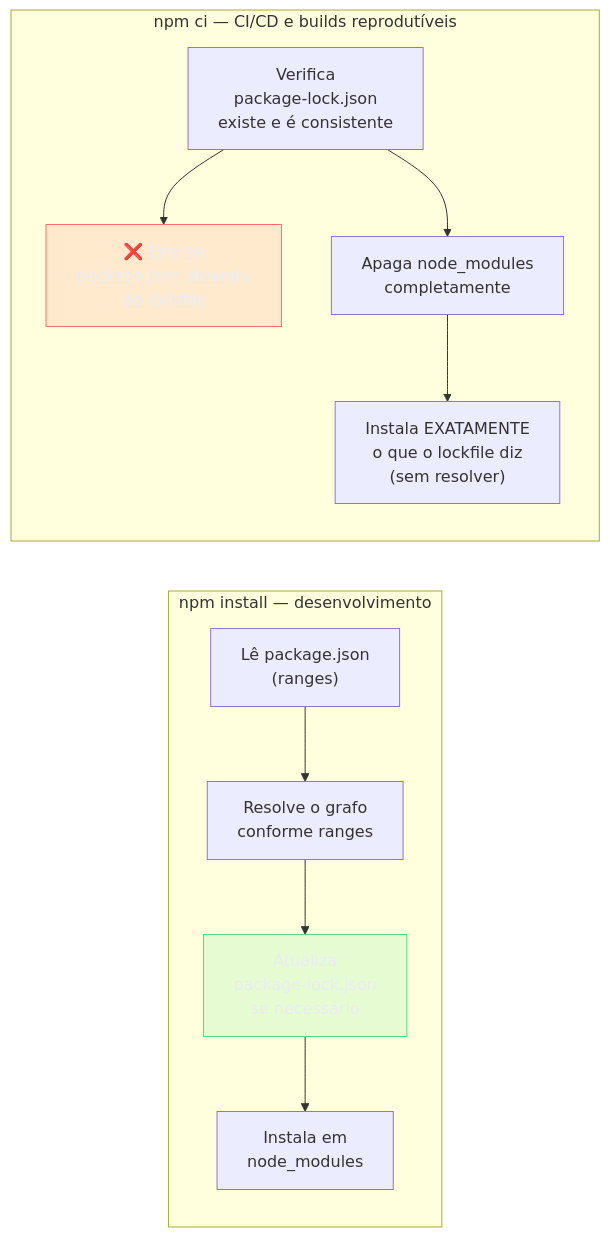
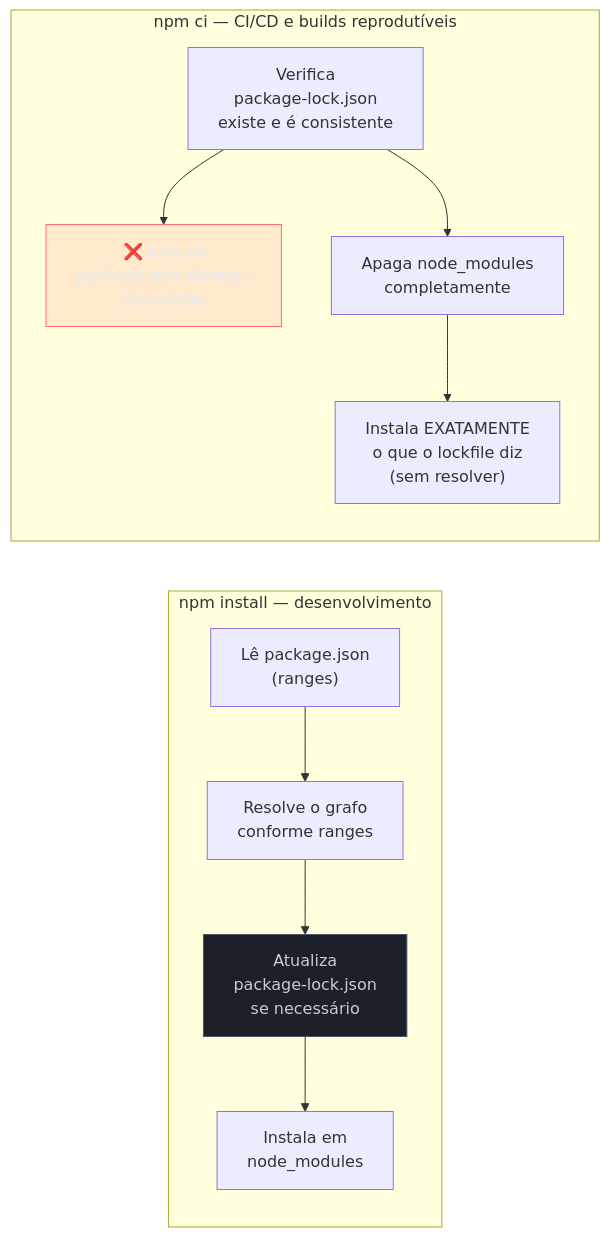
Before and after one commit to josenaldo/codex-technomanticus: the fourth of 6 diagrams in 03-Dominios/Tecnologia/Tooling e Build/05 - Semver e o grafo de dependências.md, drawn with Mermaid. The commit also changed 601 other files, not shown here.

````diff
--- a/03-Dominios/Tecnologia/Tooling e Build/05 - Semver e o grafo de dependências.md
+++ b/03-Dominios/Tecnologia/Tooling e Build/05 - Semver e o grafo de dependências.md
@@ -339,26 +339,26 @@
 ```mermaid
 flowchart LR
+    classDef neutro fill:#1B2029,stroke:#4E5666,color:#C6CCD8
     classDef falha fill:#FF6B6B24,stroke:#FF6B6B,color:#E9ECF2
-    classDef ok fill:#4ADE8021,stroke:#4ADE80,color:#E9ECF2
     subgraph "npm install — desenvolvimento"
         direction TB
         I1["Lê package.json\n(ranges)"]
         I2["Resolve o grafo\nconforme ranges"]
         I3["Atualiza\npackage-lock.json\nse necessário"]
         I4["Instala em\nnode_modules"]
         I1 --> I2 --> I3 --> I4
     end
 
     subgraph "npm ci — CI/CD e builds reprodutíveis"
         direction TB
         C1["Verifica\npackage-lock.json\nexiste e é consistente"]
         C2["❌ Erro se\npackage.json divergiu\ndo lockfile"]
         C3["Apaga node_modules\ncompletamente"]
         C4["Instala EXATAMENTE\no que o lockfile diz\n(sem resolver)"]
         C1 --> C2
         C1 --> C3 --> C4
     end
 
     class C2 falha
-    class I3 ok
+    class I3 neutro
 ```
````
